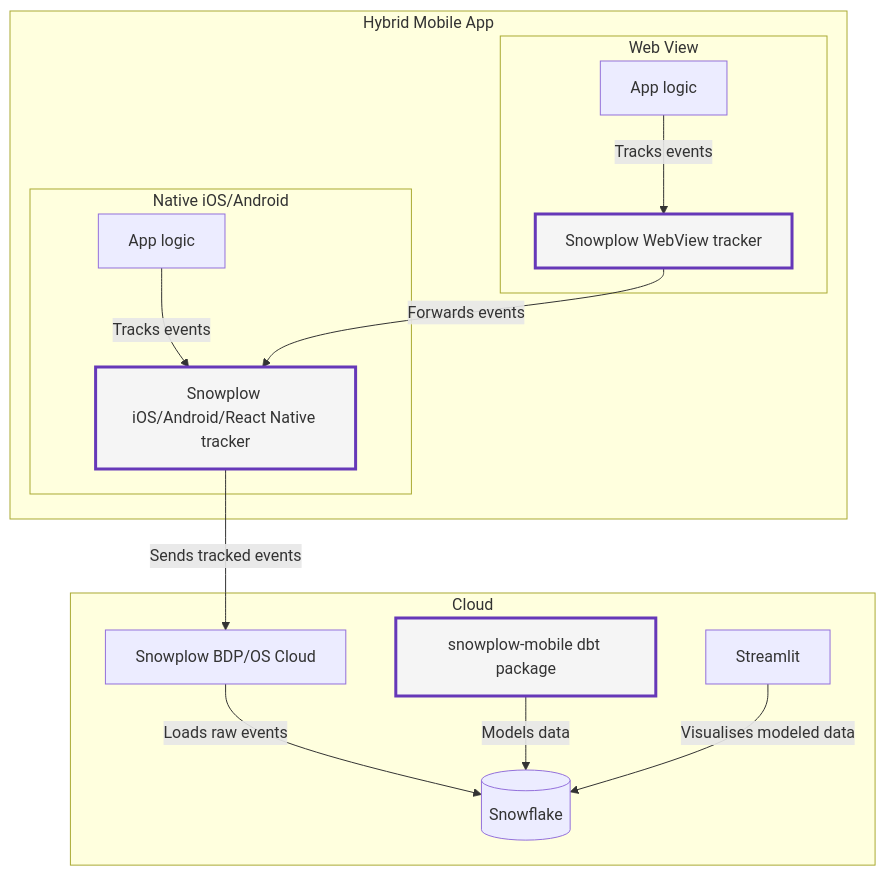
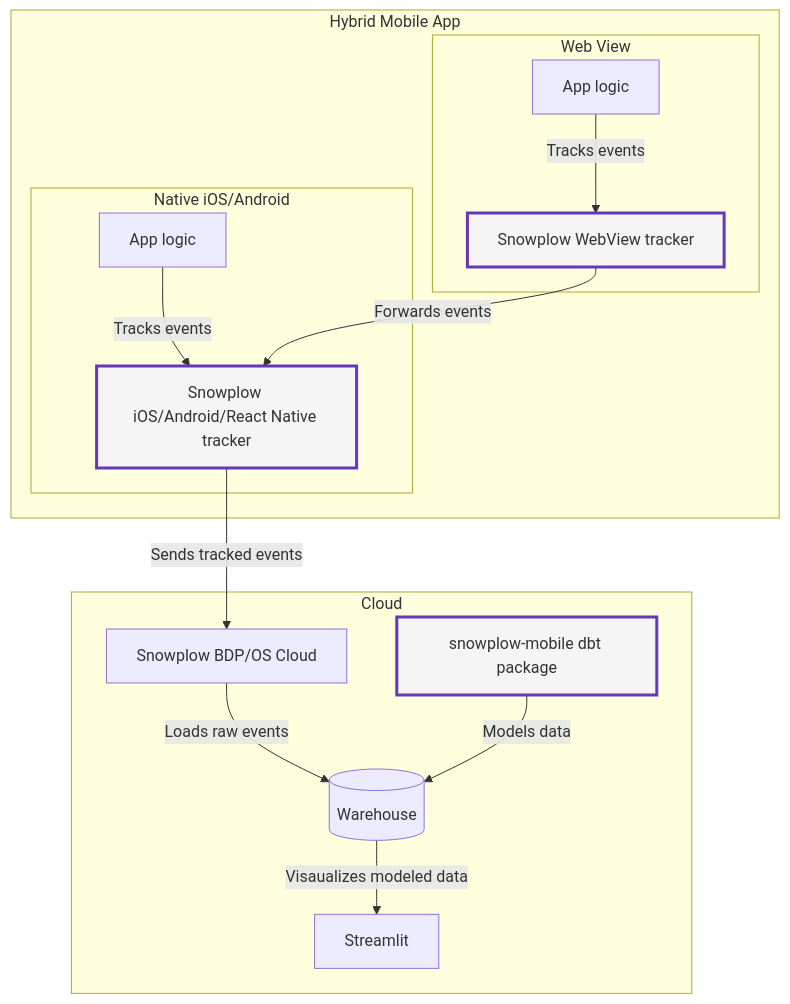
Before and after one commit to snowplow/mobile-hybrid-apps-accelerator: the second of 2 diagrams in content/_index.md, drawn with Mermaid. The commit also changed other lines of this file and 9 other files, not shown here.

```diff
--- a/content/_index.md
+++ b/content/_index.md
@@ -41,45 +107,45 @@
 {{<mermaid>}}
 flowchart TB
 
 subgraph hybridApp[Hybrid Mobile App]
 
     subgraph webView[Web View]
         webViewCode[App logic]
         webViewTracker[Snowplow WebView tracker]
 
         webViewCode -- "Tracks events" --> webViewTracker
 
         style webViewTracker fill:#f5f5f5,stroke:#6638B8,stroke-width:3px
         click webViewTracker "https://github.com/snowplow-incubator/snowplow-webview-tracker" "Open tracker package" _blank
     end
 
     subgraph nativeCode[Native iOS/Android]
         nativeAppCode[App logic]
         nativeTracker[Snowplow iOS/Android/React Native tracker]
 
         nativeAppCode -- "Tracks events" --> nativeTracker
 
         style nativeTracker fill:#f5f5f5,stroke:#6638B8,stroke-width:3px
         click nativeTracker "https://docs.snowplow.io/docs/collecting-data/collecting-from-own-applications/mobile-trackers/installation-and-set-up/" "Open tracker docs" _blank
     end
 
     webViewTracker -- "Forwards events" --> nativeTracker
 end
 
 subgraph cloud[Cloud]
     snowplow[Snowplow BDP/OS Cloud]
-    snowflake[(Snowflake)]
+    warehouse[(Warehouse)]
     dbt[snowplow-mobile dbt package]
     streamlit[Streamlit]
 
-    snowplow -- "Loads raw events" --> snowflake
-    dbt -- "Models data" --> snowflake
-    streamlit -- "Visualises modeled data" --> snowflake
+    snowplow -- "Loads raw events" --> warehouse
+    dbt -- "Models data" --> warehouse
+    warehouse -- "Visaualizes modeled data" --> streamlit
 
     style dbt fill:#f5f5f5,stroke:#6638B8,stroke-width:3px
     click dbt "https://docs.snowplowanalytics.com/docs/modeling-your-data/the-snowplow-mobile-data-model/dbt-mobile-data-model/" "Open dbt package" _blank
     click snowplow "https://snowplow.io/snowplow-bdp/" "Snowplow BDP" _blank
 end
 
 nativeTracker -- "Sends tracked events" --> snowplow
 {{</mermaid>}}
```
